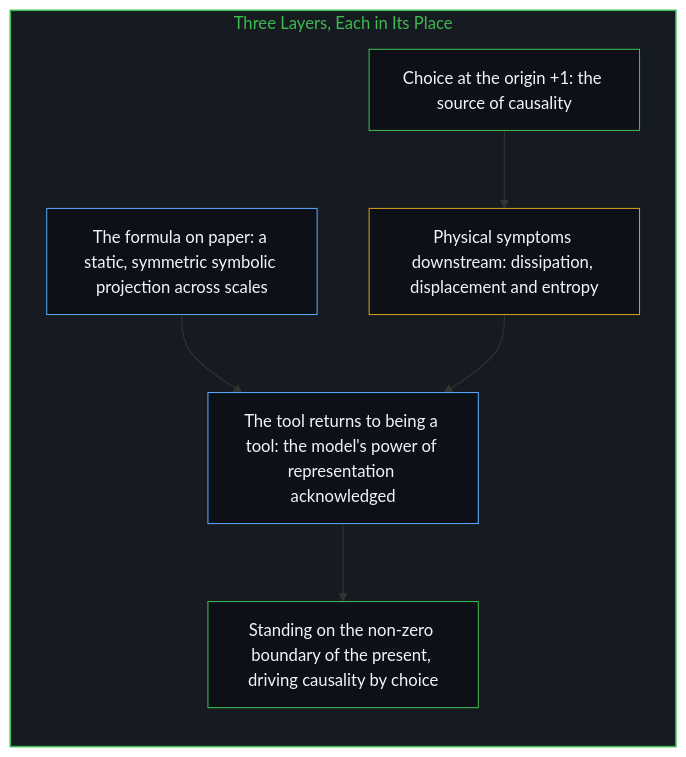
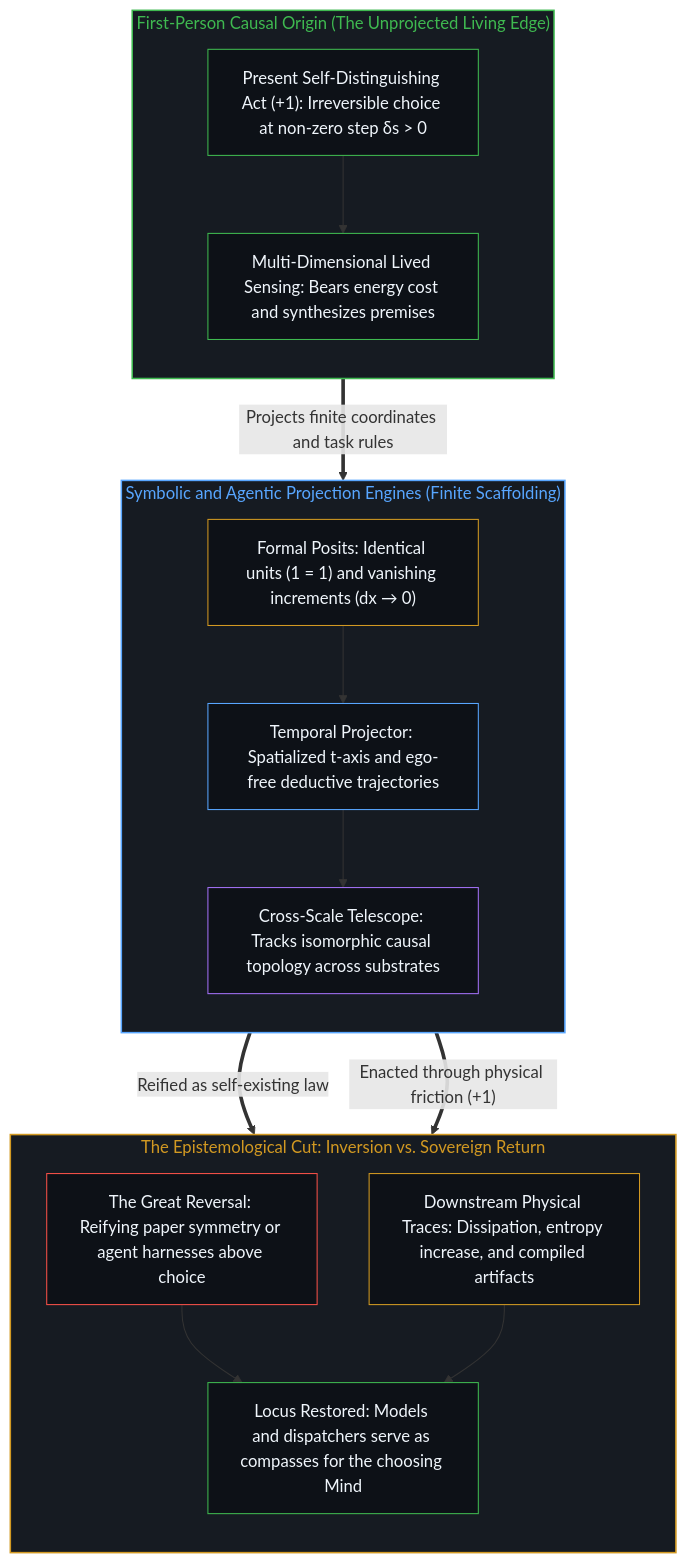
Before and after one commit to powerpig99/not-a-toe: the second of 2 diagrams in content/posts/the-illusion-of-the-tool-and-the-inversion-of-time.md, drawn with Mermaid. The commit also changed other lines of this file and 6 other files, not shown here.

Commit message:
Refine L2 #169, #170 & #171: the-illusion-of-the-tool-and-the-inversion-of-time, the-brain-does-not-backprop & when-malfunction-is-scored-as-intelligence (Wave 3)

````diff
--- a/content/posts/the-illusion-of-the-tool-and-the-inversion-of-time.md
+++ b/content/posts/the-illusion-of-the-tool-and-the-inversion-of-time.md
@@ -314,22 +100,42 @@
 ```mermaid
 flowchart TD
-    subgraph S_Return["Three Layers, Each in Its Place"]
+    subgraph S_Origin["First-Person Causal Origin (The Unprojected Living Edge)"]
         direction TB
-        Paper["The formula on paper: a static, symmetric symbolic projection across scales"]
-        Choice["Choice at the origin +1: the source of causality"]
-        Symptom["Physical symptoms downstream: dissipation, displacement and entropy"]
-        Tool["The tool returns to being a tool: the model's power of representation acknowledged"]
-        Stand["Standing on the non-zero boundary of the present, driving causality by choice"]
-        Choice --> Symptom
-        Paper --> Tool
-        Symptom --> Tool
-        Tool --> Stand
+        Act["Present Self-Distinguishing Act (+1): Irreversible choice at non-zero step δs > 0"]
+        Intent["Multi-Dimensional Lived Sensing: Bears energy cost and synthesizes premises"]
+        Act --> Intent
     end
 
-    style S_Return fill:#161b22,stroke:#3fb950,stroke-width:1.5px,color:#3fb950
-    style Paper fill:#0d1117,stroke:#58a6ff,stroke-width:1px,color:#f0f6fc
-    style Choice fill:#0d1117,stroke:#3fb950,stroke-width:1px,color:#f0f6fc
+    subgraph S_Project["Symbolic and Agentic Projection Engines (Finite Scaffolding)"]
+        direction TB
+        Posits["Formal Posits: Identical units (1 = 1) and vanishing increments (dx → 0)"]
+        Axis["Temporal Projector: Spatialized t-axis and ego-free deductive trajectories"]
+        Scale["Cross-Scale Telescope: Tracks isomorphic causal topology across substrates"]
+        Posits --> Axis --> Scale
+    end
+
+    subgraph S_Boundary["The Epistemological Cut: Inversion vs. Sovereign Return"]
+        direction TB
+        Invert["The Great Reversal: Reifying paper symmetry or agent harnesses above choice"]
+        Symptom["Downstream Physical Traces: Dissipation, entropy increase, and compiled artifacts"]
+        Restore["Locus Restored: Models and dispatchers serve as compasses for the choosing Mind"]
+        Invert --> Restore
+        Symptom --> Restore
+    end
+
+    Intent ==>|"Projects finite coordinates and task rules"| Posits
+    Scale ==>|"Reified as self-existing law"| Invert
+    Scale ==>|"Enacted through physical friction (+1)"| Symptom
+
+    style S_Origin fill:#161b22,stroke:#3fb950,stroke-width:1.5px,color:#3fb950
+    style S_Project fill:#161b22,stroke:#58a6ff,stroke-width:1.5px,color:#58a6ff
+    style S_Boundary fill:#161b22,stroke:#d29922,stroke-width:1.5px,color:#d29922
+    style Act fill:#0d1117,stroke:#3fb950,stroke-width:1px,color:#f0f6fc
+    style Intent fill:#0d1117,stroke:#3fb950,stroke-width:1px,color:#f0f6fc
+    style Posits fill:#0d1117,stroke:#d29922,stroke-width:1px,color:#f0f6fc
+    style Axis fill:#0d1117,stroke:#58a6ff,stroke-width:1px,color:#f0f6fc
+    style Scale fill:#0d1117,stroke:#a371f7,stroke-width:1px,color:#f0f6fc
+    style Invert fill:#0d1117,stroke:#f85149,stroke-width:1px,color:#f0f6fc
     style Symptom fill:#0d1117,stroke:#d29922,stroke-width:1px,color:#f0f6fc
-    style Tool fill:#0d1117,stroke:#58a6ff,stroke-width:1px,color:#f0f6fc
-    style Stand fill:#0d1117,stroke:#3fb950,stroke-width:1px,color:#f0f6fc
+    style Restore fill:#0d1117,stroke:#3fb950,stroke-width:1px,color:#f0f6fc
 ```
````
